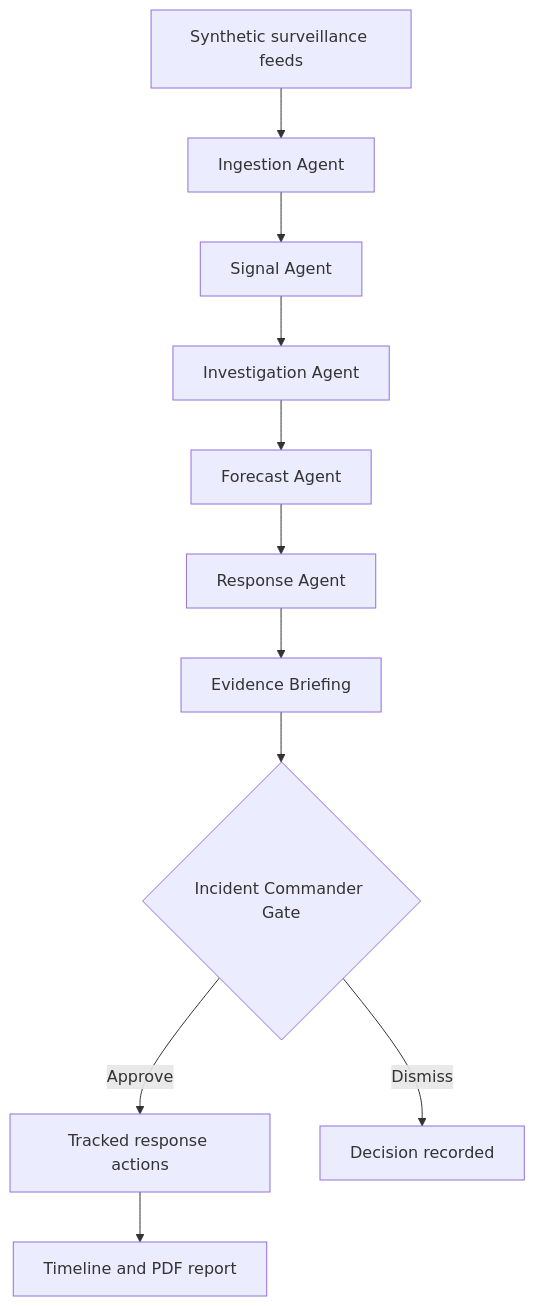
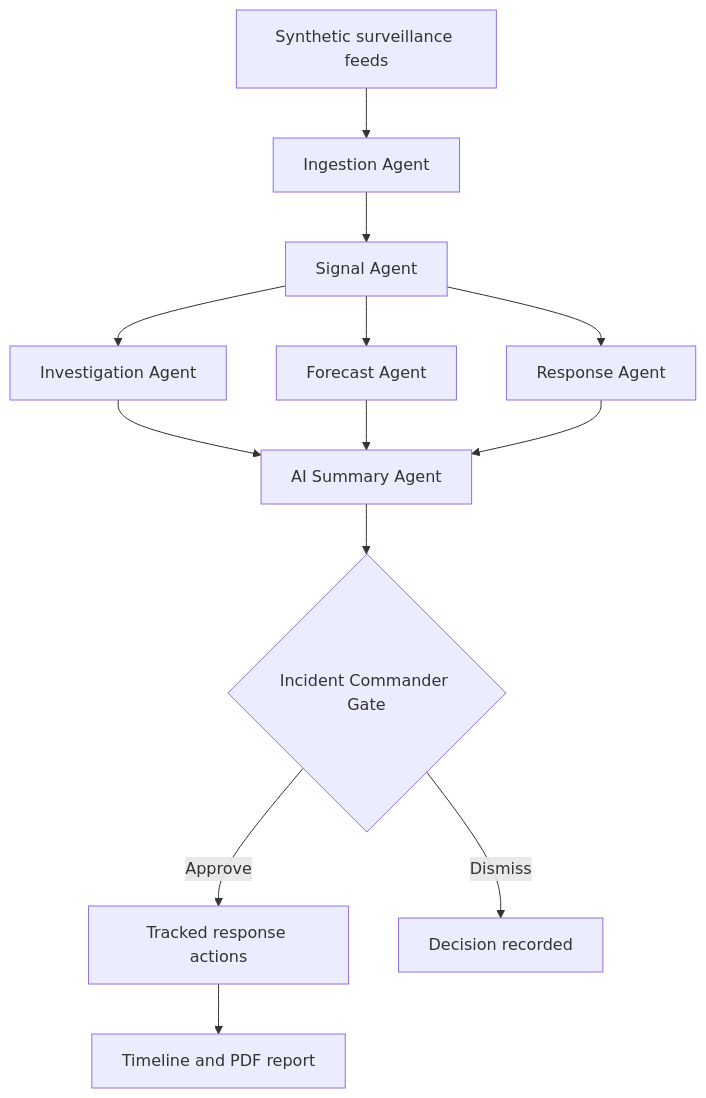
The diagram in README.md (Prxx09/healthcare-crisis-response-agent), drawn with Mermaid before and after one commit. The commit also changed other lines of this file and 6 other files, not shown here.

Commit message:
Integrate agent workflow and refine response playbooks

````diff
--- a/README.md
+++ b/README.md
@@ -21,13 +21,15 @@
 ```mermaid
 flowchart TD
     A["Synthetic surveillance feeds"] --> B["Ingestion Agent"]
     B --> C["Signal Agent"]
     C --> D["Investigation Agent"]
-    D --> E["Forecast Agent"]
-    E --> F["Response Agent"]
-    F --> G["Evidence Briefing"]
+    C --> E["Forecast Agent"]
+    C --> F["Response Agent"]
+    D --> G["AI Summary Agent"]
+    E --> G
+    F --> G
     G --> H{"Incident Commander Gate"}
     H -->|Approve| I["Tracked response actions"]
     H -->|Dismiss| J["Decision recorded"]
     I --> K["Timeline and PDF report"]
 ```
````
